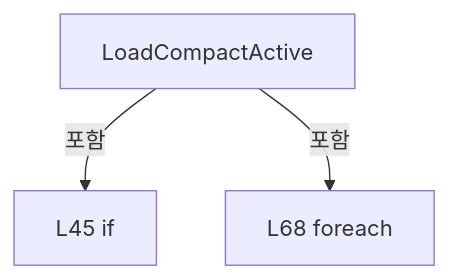
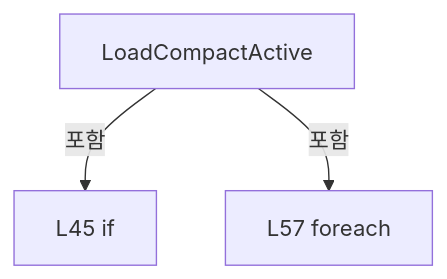
Before and after one commit to kjuws10-rgb/Shared: the second of 9 diagrams in A3 LD Code Ref/files/Drilling.File/Product/CProductFile.cs.md, drawn with Mermaid. The commit also changed other lines of this file and 8055 other files, not shown here.

Commit message:
docs(a3): trace Stage Glass Data and refresh architecture and full code reference

````diff
--- a/A3 LD Code Ref/files/Drilling.File/Product/CProductFile.cs.md
+++ b/A3 LD Code Ref/files/Drilling.File/Product/CProductFile.cs.md
@@ -435,8 +435,8 @@
 ```mermaid
 flowchart TD
  M["LoadCompactActive"]
  N0["L45 if"]
  M -->|포함| N0
- N1["L68 foreach"]
+ N1["L57 foreach"]
  M -->|포함| N1
 ```
````
